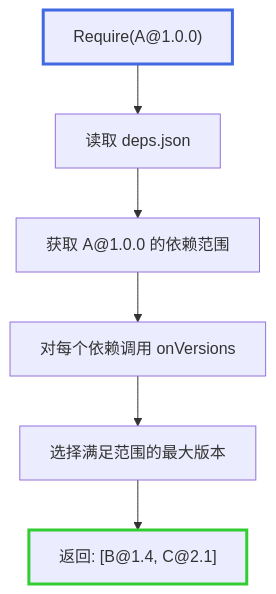
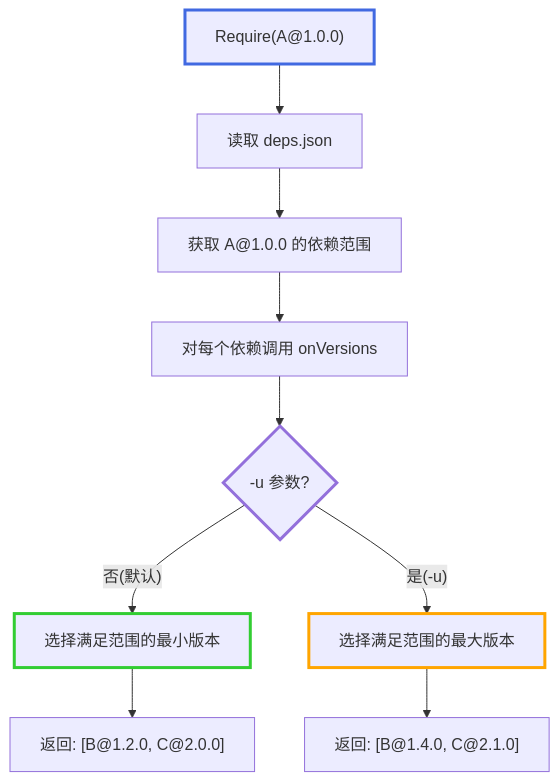
The fourth of 12 diagrams in docs/mvs-algorithm-design.md (goplus/llar), drawn with Mermaid before and after one commit. The commit also changed other lines of this file and 4 other files, not shown here.

````diff
--- a/docs/mvs-algorithm-design.md
+++ b/docs/mvs-algorithm-design.md
@@ -137,11 +160,16 @@
 ```mermaid
 graph TD
 A["Require(A@1.0.0)"] --> B["读取 deps.json"]
 B --> C["获取 A@1.0.0 的依赖范围"]
 C --> D["对每个依赖调用 onVersions"]
-D --> E["选择满足范围的最大版本"]
-E --> F["返回: [B@1.4, C@2.1]"]
+D --> E{"-u 参数?"}
+E -- "否(默认)" --> F["选择满足范围的最小版本"]
+E -- "是(-u)" --> G["选择满足范围的最大版本"]
+F --> H["返回: [B@1.2.0, C@2.0.0]"]
+G --> I["返回: [B@1.4.0, C@2.1.0]"]
 
 style A stroke:#4169E1,stroke-width:3px
+style E stroke:#9370DB,stroke-width:3px
 style F stroke:#32CD32,stroke-width:3px
+style G stroke:#FFA500,stroke-width:3px
 ```
````
